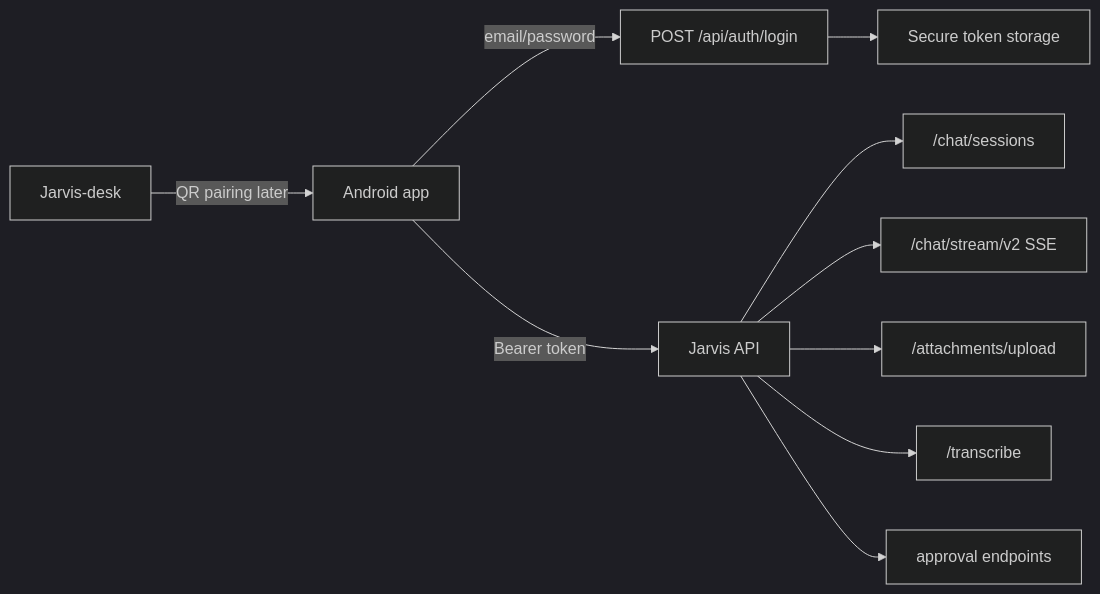
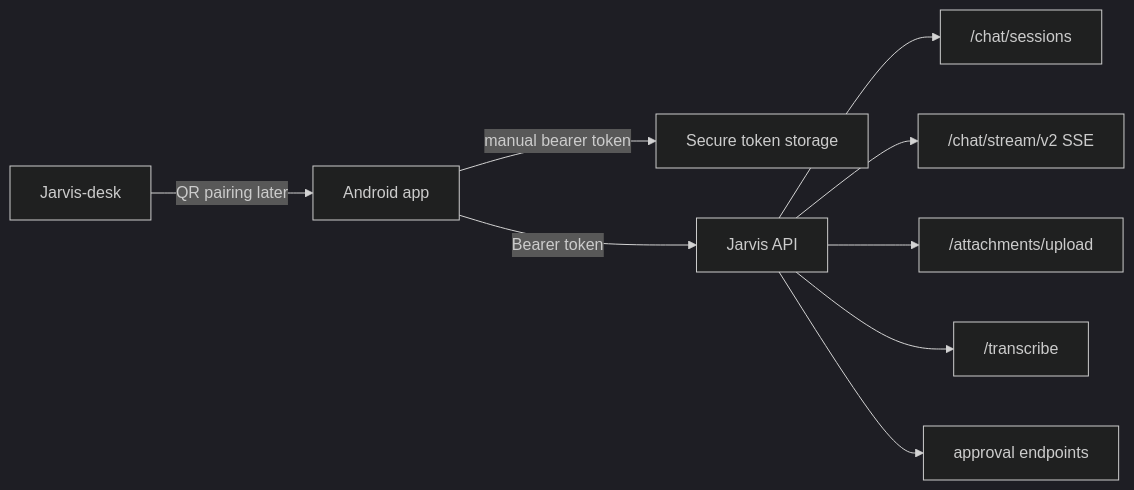
One commit to Nickless-cmd/jarvis-v2 changed the diagram in docs/superpowers/specs/2026-06-17-jarvis-mobile-companion-design.md. Above: the diagram before and after it, drawn with Mermaid (dark theme). The commit also changed other lines of this file and 1 other file, not shown here.

````diff
--- a/docs/superpowers/specs/2026-06-17-jarvis-mobile-companion-design.md
+++ b/docs/superpowers/specs/2026-06-17-jarvis-mobile-companion-design.md
@@ -236,12 +238,11 @@
 ```mermaid
 flowchart LR
-  A["Android app"] -->|"email/password"| B["POST /api/auth/login"]
-  B --> C["Secure token storage"]
+  A["Android app"] -->|"manual bearer token"| C["Secure token storage"]
   A -->|"Bearer token"| D["Jarvis API"]
   D --> E["/chat/sessions"]
   D --> F["/chat/stream/v2 SSE"]
   D --> G["/attachments/upload"]
   D --> H["/transcribe"]
   D --> I["approval endpoints"]
   J["Jarvis-desk"] -->|"QR pairing later"| A
 ```
````
